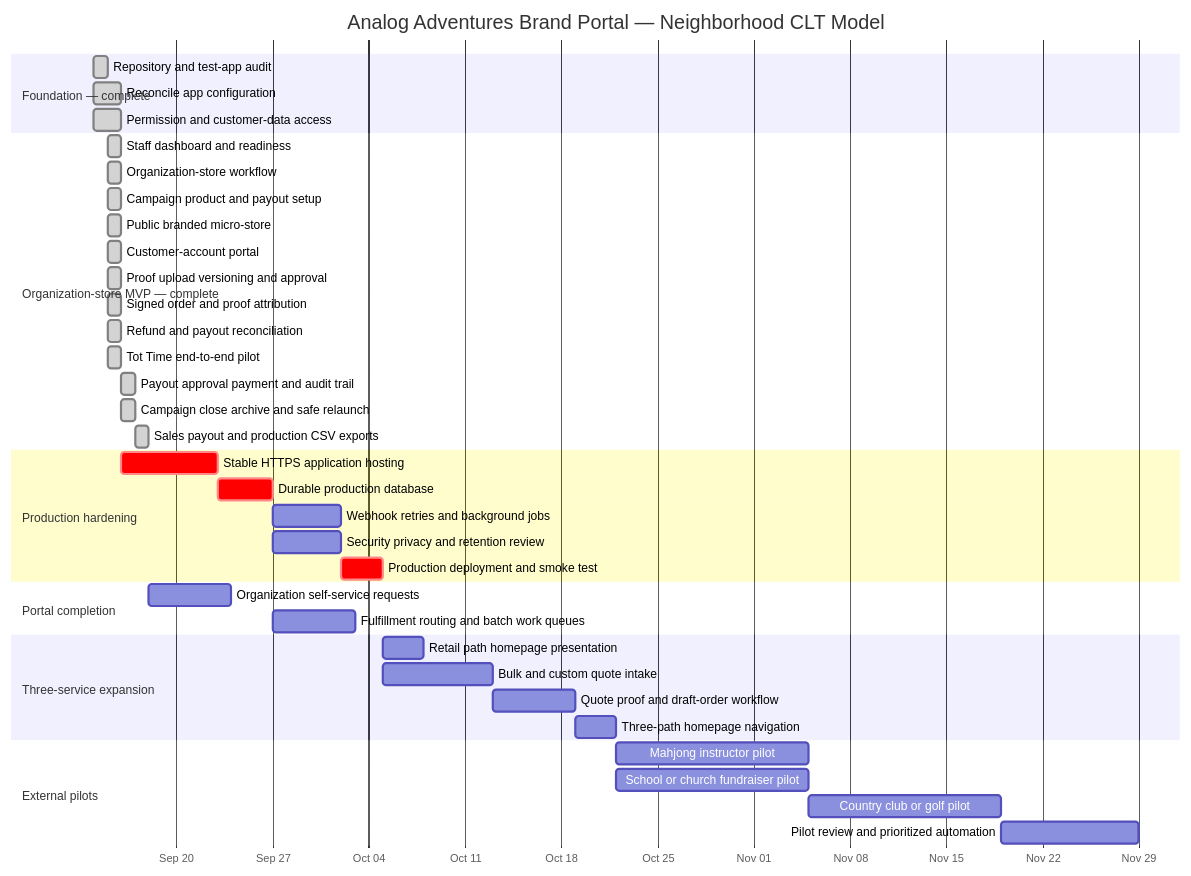
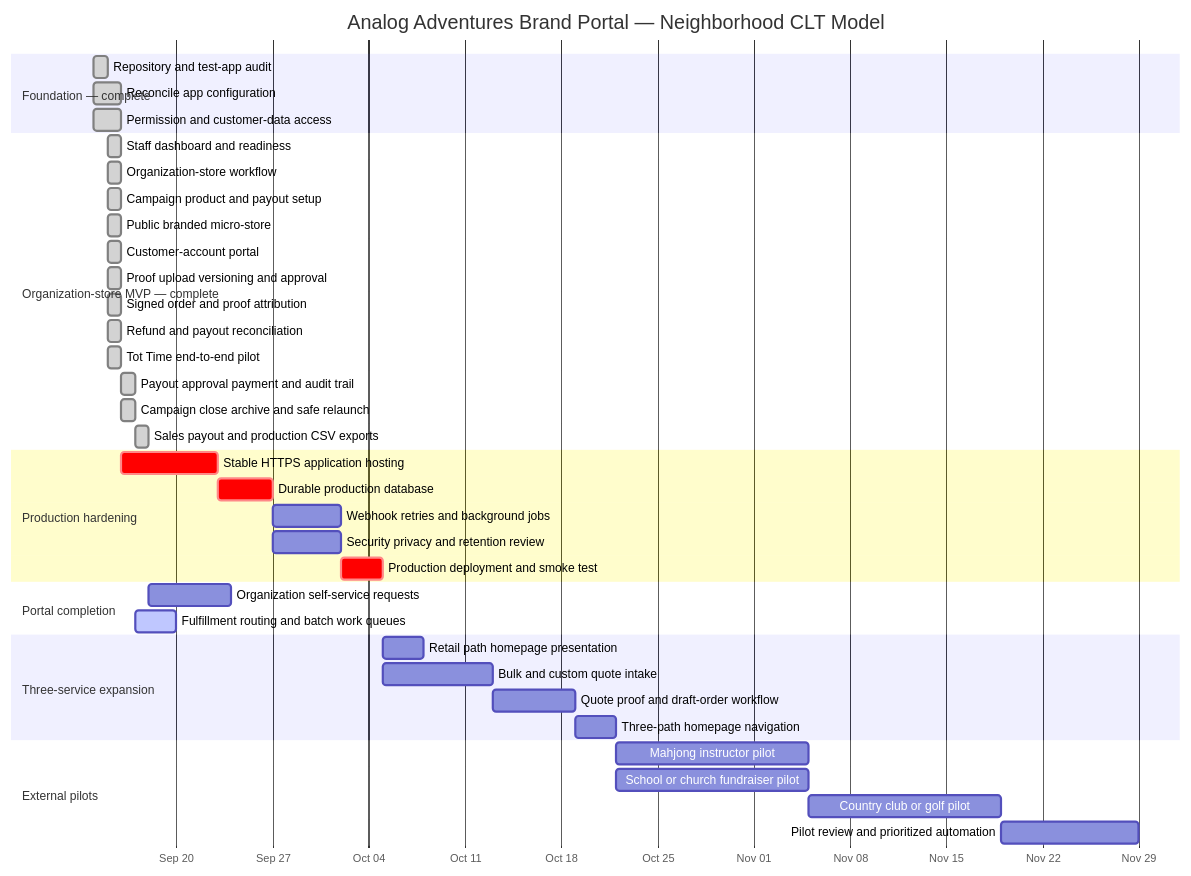
The diagram in docs/brand-portal-roadmap.md (ANALOGGIT-624/analog-adventures-adv-brand-portal), drawn with Mermaid before and after one commit. The commit also changed other lines of this file and 7 other files, not shown here.

Commit message:
Add fulfillment production batch workflow

````diff
--- a/docs/brand-portal-roadmap.md
+++ b/docs/brand-portal-roadmap.md
@@ -13,48 +13,48 @@
 ```mermaid
 gantt
     title Analog Adventures Brand Portal — Neighborhood CLT Model
     dateFormat  YYYY-MM-DD
     axisFormat  %b %d
 
     section Foundation — complete
     Repository and test-app audit             :done, audit, 2026-09-14, 1d
     Reconcile app configuration               :done, config, 2026-09-14, 2d
     Permission and customer-data access        :done, auth, 2026-09-14, 2d
 
     section Organization-store MVP — complete
     Staff dashboard and readiness              :done, dashboard, 2026-09-15, 1d
     Organization-store workflow                :done, orgs, 2026-09-15, 1d
     Campaign product and payout setup           :done, campaigns, 2026-09-15, 1d
     Public branded micro-store                  :done, storefront, 2026-09-15, 1d
     Customer-account portal                     :done, customer, 2026-09-15, 1d
     Proof upload versioning and approval        :done, proofs, 2026-09-15, 1d
     Signed order and proof attribution          :done, orders, 2026-09-15, 1d
     Refund and payout reconciliation            :done, payouts, 2026-09-15, 1d
     Tot Time end-to-end pilot                   :done, e2e, 2026-09-15, 1d
     Payout approval payment and audit trail      :done, payment, 2026-09-16, 1d
     Campaign close archive and safe relaunch     :done, lifecycle, 2026-09-16, 1d
     Sales payout and production CSV exports       :done, reports, 2026-09-17, 1d
 
     section Production hardening
     Stable HTTPS application hosting            :crit, hosting, 2026-09-16, 7d
     Durable production database                 :crit, database, after hosting, 4d
     Webhook retries and background jobs          :reliability, after database, 5d
     Security privacy and retention review        :security, after database, 5d
     Production deployment and smoke test         :crit, deploy, after reliability, 3d
 
     section Portal completion
     Organization self-service requests           :selfservice, after reports, 6d
-    Fulfillment routing and batch work queues     :fulfillment, after database, 6d
+    Fulfillment routing and batch work queues     :active, fulfillment, 2026-09-17, 3d
 
     section Three-service expansion
     Retail path homepage presentation            :retail, after deploy, 3d
     Bulk and custom quote intake                  :quotes, after deploy, 8d
     Quote proof and draft-order workflow          :draftorders, after quotes, 6d
     Three-path homepage navigation                :threepaths, after draftorders, 3d
 
     section External pilots
     Mahjong instructor pilot                     :pilot1, after threepaths, 14d
     School or church fundraiser pilot             :pilot2, after threepaths, 14d
     Country club or golf pilot                    :pilot3, after pilot1, 14d
     Pilot review and prioritized automation       :review, after pilot3, 10d
 ```
````
